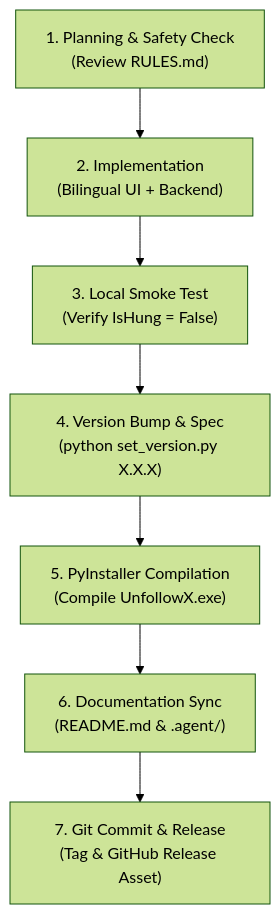
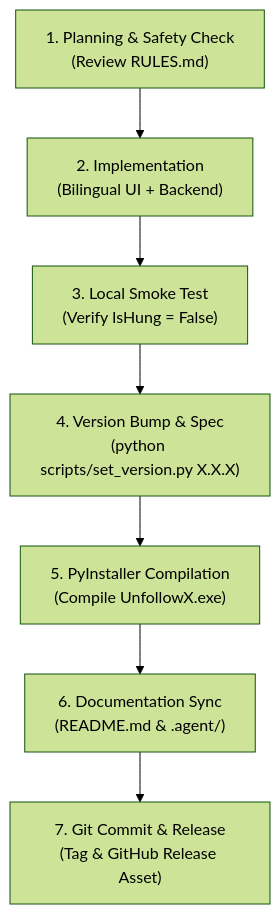
The diagram in .agent/WORKFLOW.md (ZXD44/UnfollowX), drawn with Mermaid (forest theme) before and after one commit. The commit also changed other lines of this file and 4 other files, not shown here.

Commit message:
docs: synchronize all markdown specs with scripts directory and v0.0.9 architecture

````diff
--- a/.agent/WORKFLOW.md
+++ b/.agent/WORKFLOW.md
@@ -9,9 +9,9 @@
 ```mermaid
 graph TD
     A["1. Planning & Safety Check<br/>(Review RULES.md)"] --> B["2. Implementation<br/>(Bilingual UI + Backend)"]
     B --> C["3. Local Smoke Test<br/>(Verify IsHung = False)"]
-    C --> D["4. Version Bump & Spec<br/>(python set_version.py X.X.X)"]
+    C --> D["4. Version Bump & Spec<br/>(python scripts/set_version.py X.X.X)"]
     D --> E["5. PyInstaller Compilation<br/>(Compile UnfollowX.exe)"]
     E --> F["6. Documentation Sync<br/>(README.md & .agent/)"]
     F --> G["7. Git Commit & Release<br/>(Tag & GitHub Release Asset)"]
 ```
````
